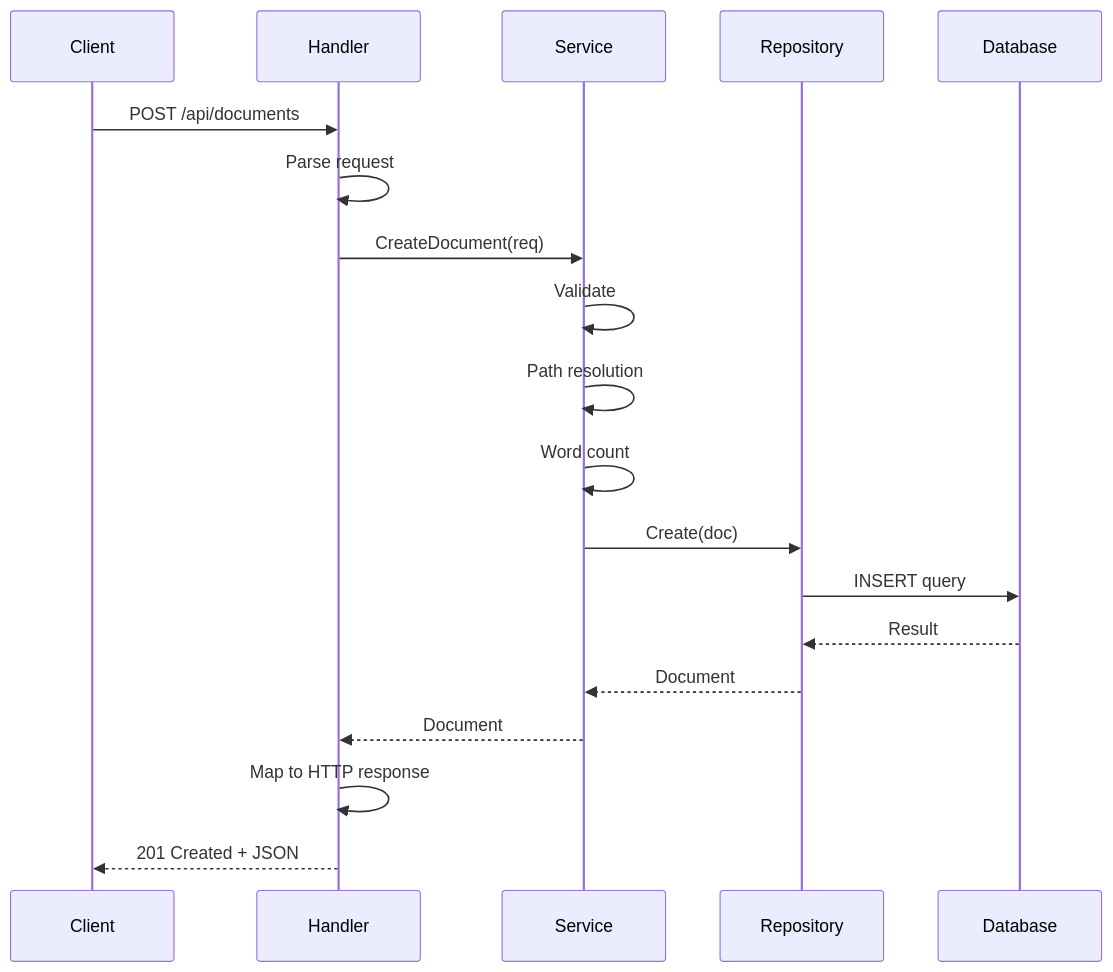
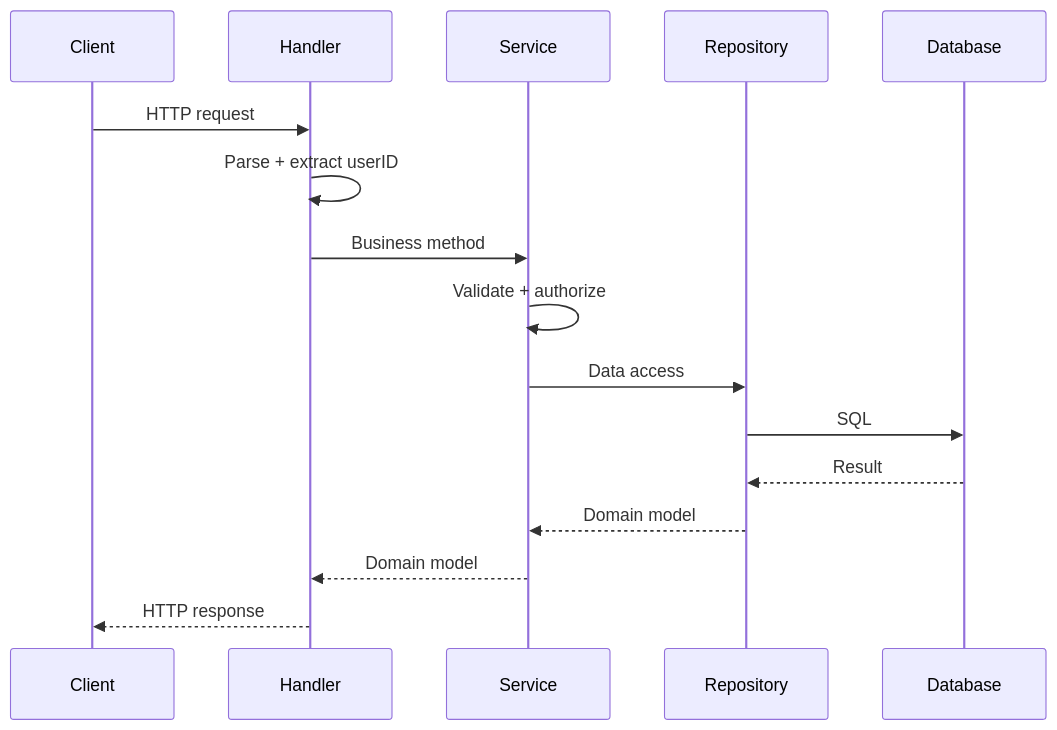
One commit to haowjy/meridian-flow changed the fourth of 4 diagrams in _docs/technical/backend/architecture/overview.md. Above: the diagram before and after it, drawn with Mermaid. The commit also changed other lines of this file and 62 other files, not shown here.

````diff
--- a/_docs/technical/backend/architecture/overview.md
+++ b/_docs/technical/backend/architecture/overview.md
@@ -285,24 +59,19 @@
 ```mermaid
 sequenceDiagram
     participant Client
     participant Handler
     participant Service
     participant Repository
     participant Database
 
-    Client->>Handler: POST /api/documents
-    Handler->>Handler: Parse request
-    Handler->>Service: CreateDocument(req)
-
-    Service->>Service: Validate
-    Service->>Service: Path resolution
-    Service->>Service: Word count
-    Service->>Repository: Create(doc)
-    Repository->>Database: INSERT query
+    Client->>Handler: HTTP request
+    Handler->>Handler: Parse + extract userID
+    Handler->>Service: Business method
+    Service->>Service: Validate + authorize
+    Service->>Repository: Data access
+    Repository->>Database: SQL
     Database-->>Repository: Result
-    Repository-->>Service: Document
-    Service-->>Handler: Document
-
-    Handler->>Handler: Map to HTTP response
-    Handler-->>Client: 201 Created + JSON
+    Repository-->>Service: Domain model
+    Service-->>Handler: Domain model
+    Handler-->>Client: HTTP response
 ```
````
